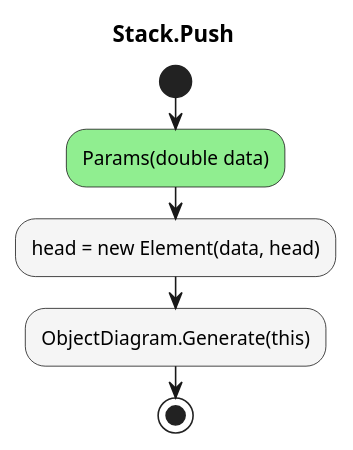
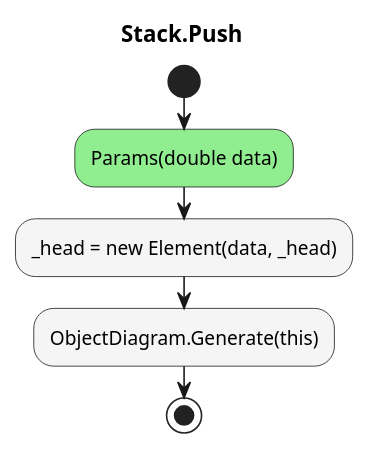
The diagram in UPNCalculator.ConApp/diagrams/ac_Stack_Push.puml (leoggehrer/2324-34_ABIF_ACIF_POSE), drawn with PlantUML before and after one commit. The commit also changed 57 other files, not shown here.

Commit message:
Added UPNCalculator diagrams and documentation.

```diff
--- a/UPNCalculator.ConApp/diagrams/ac_Stack_Push.puml
+++ b/UPNCalculator.ConApp/diagrams/ac_Stack_Push.puml
@@ -1,8 +1,8 @@
 @startuml Stack.Push
 title Stack.Push
 start
 #LightGreen:Params(double data);
-#WhiteSmoke:head = new Element(data, head);
+#WhiteSmoke:_head = new Element(data, _head);
 #WhiteSmoke:ObjectDiagram.Generate(this);
 stop
 @enduml
```
